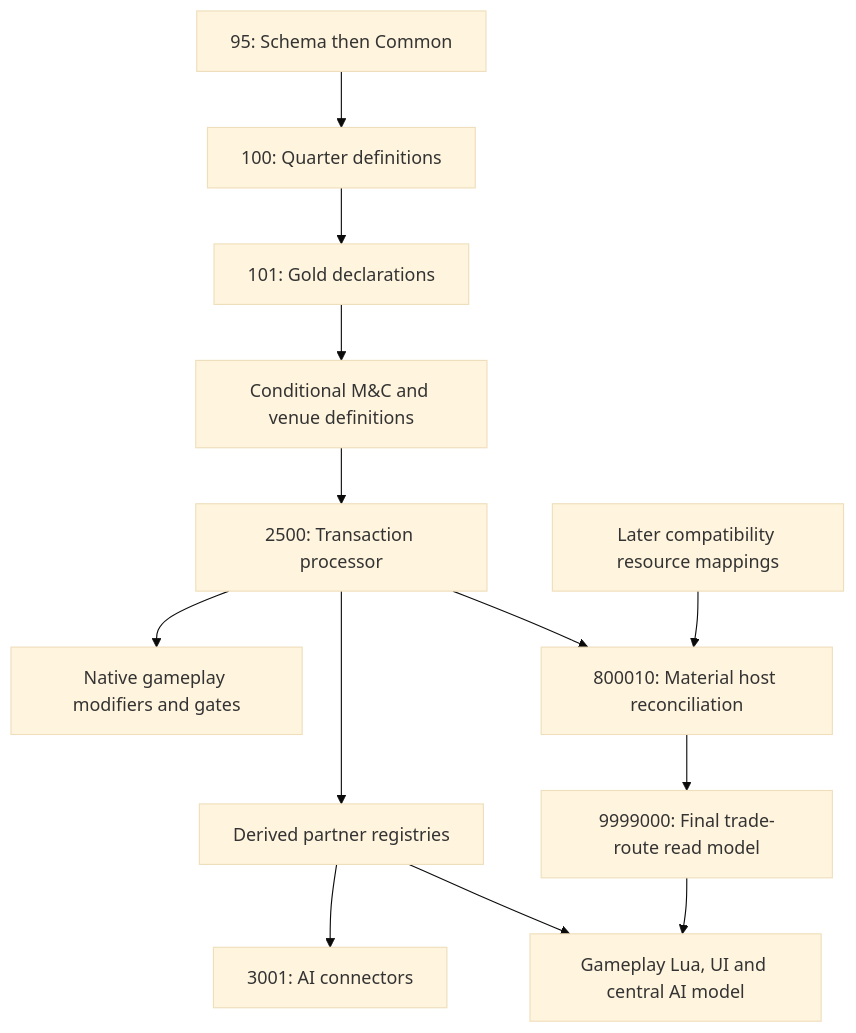
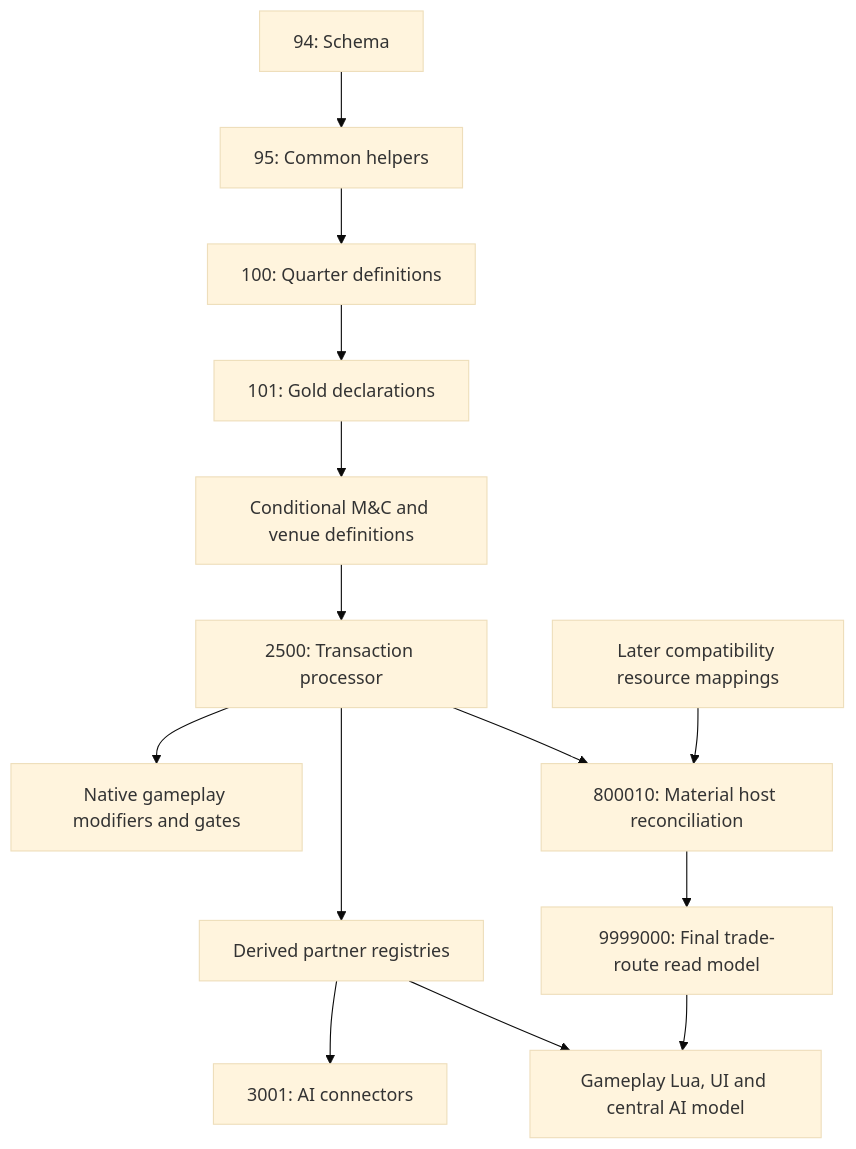
One commit to hennogous/Henno-Mods changed the diagram in project/docs/integrations/csc-shared-sql.md. Above: the diagram before and after it, drawn with Mermaid (base theme). The commit also changed other lines of this file and 12 other files, not shown here.

````diff
--- a/project/docs/integrations/csc-shared-sql.md
+++ b/project/docs/integrations/csc-shared-sql.md
@@ -28,15 +28,16 @@
 ```mermaid
 flowchart TD
-    S[95: Schema then Common] --> Q[100: Quarter definitions]
+    S[94: Schema] --> C0[95: Common helpers]
+    C0 --> Q[100: Quarter definitions]
     Q --> G[101: Gold declarations]
     G --> M[Conditional M&C and venue definitions]
     M --> P[2500: Transaction processor]
     P --> N[Native gameplay modifiers and gates]
     P --> R[Derived partner registries]
     R --> A[3001: AI connectors]
     R --> L[Gameplay Lua, UI and central AI model]
     C[Later compatibility resource mappings] --> H[800010: Material host reconciliation]
     P --> H
     H --> T[9999000: Final trade-route read model]
     T --> L
 ```
````
